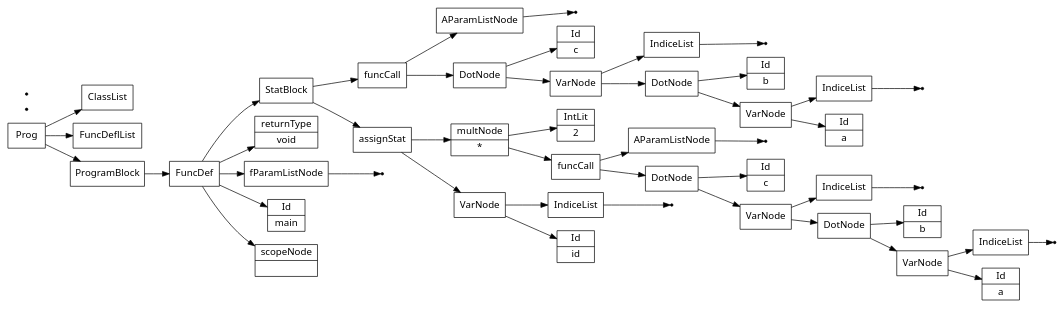
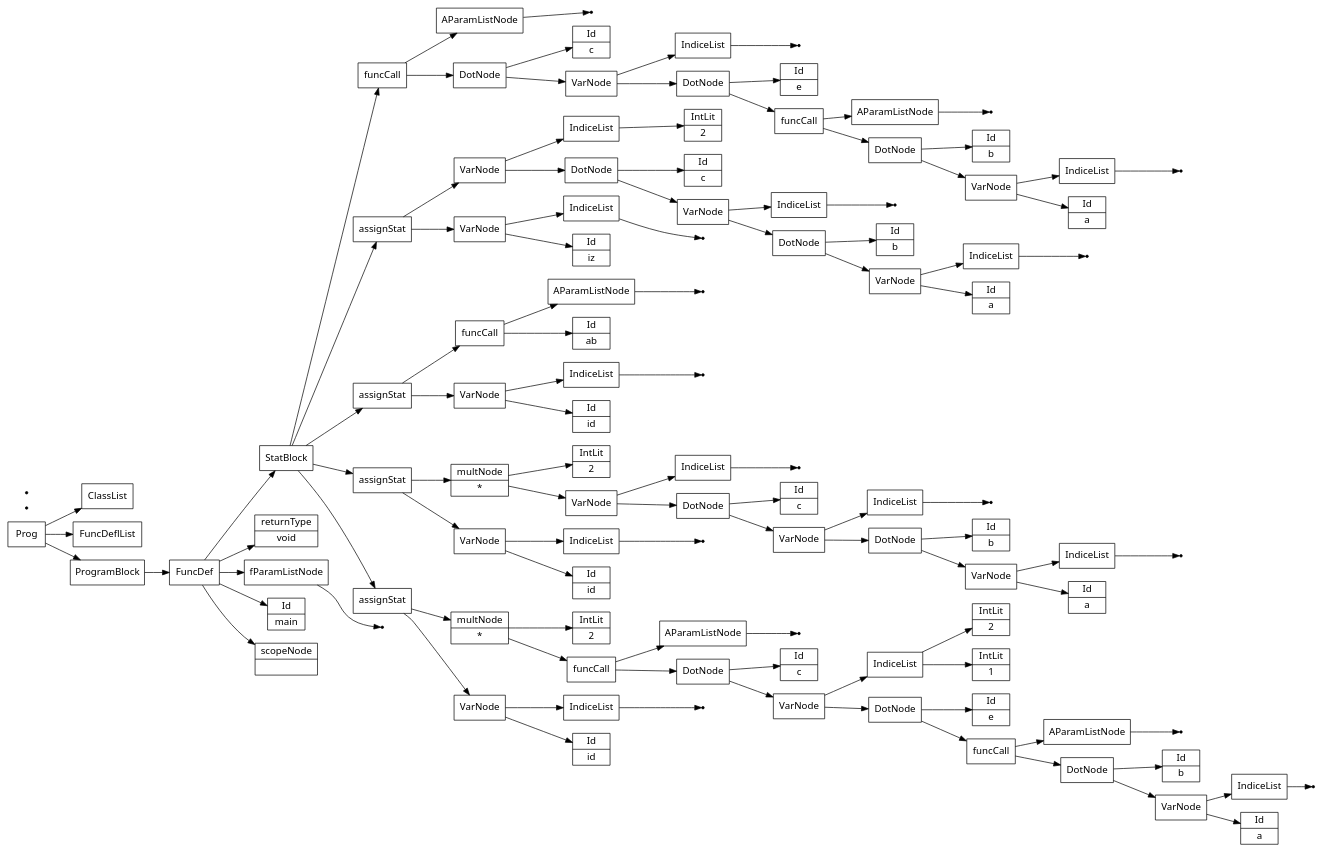
One commit to Saf1u/Kompiler changed the diagram in files/polynomial.src.ast.dot. Above: the diagram before and after it, drawn with Graphviz. The commit also changed 4 other files, not shown here.

```diff
--- a/files/polynomial.src.ast.dot
+++ b/files/polynomial.src.ast.dot
@@ -25,73 +25,193 @@
 18->17;
 18->16;
 none20[shape="point"];
-21[label="IndiceList"];
+21[label="AParamListNode"];
 21->none20;
-22[label="VarNode"];
+22[label="funcCall"];
 22->21;
 22->18;
-23[label="Id|c"];
+23[label="Id|e"];
 24[label="DotNode"];
 24->23;
 24->22;
-none26[shape="point"];
-27[label="AParamListNode"];
-27->none26;
-28[label="funcCall"];
+26[label="IntLit|1"];
+27[label="IntLit|2"];
+28[label="IndiceList"];
 28->27;
-28->24;
-29[label="multNode|*"];
-30[label="IntLit|2"];
-29->30;
+28->26;
+29[label="VarNode"];
 29->28;
-31[label="assignStat"];
+29->24;
+30[label="Id|c"];
+31[label="DotNode"];
+31->30;
 31->29;
-31->11;
-32[label="Id|a"];
-none34[shape="point"];
-35[label="IndiceList"];
-35->none34;
-36[label="VarNode"];
+none33[shape="point"];
+34[label="AParamListNode"];
+34->none33;
+35[label="funcCall"];
+35->34;
+35->31;
+36[label="multNode|*"];
+37[label="IntLit|2"];
+36->37;
 36->35;
-36->32;
-37[label="Id|b"];
-38[label="DotNode"];
-38->37;
+38[label="assignStat"];
 38->36;
-none40[shape="point"];
-41[label="IndiceList"];
-41->none40;
-42[label="VarNode"];
-42->41;
-42->38;
-43[label="Id|c"];
-44[label="DotNode"];
-44->43;
-44->42;
+38->11;
+39[label="Id|id"];
+none41[shape="point"];
+42[label="IndiceList"];
+42->none41;
+43[label="VarNode"];
+43->42;
+43->39;
+44[label="Id|a"];
 none46[shape="point"];
-47[label="AParamListNode"];
+47[label="IndiceList"];
 47->none46;
-48[label="funcCall"];
+48[label="VarNode"];
 48->47;
 48->44;
-49[label="StatBlock"];
-49->48;
-49->31;
-50[label="FuncDef"];
+49[label="Id|b"];
+50[label="DotNode"];
+50->49;
+50->48;
+none52[shape="point"];
+53[label="IndiceList"];
+53->none52;
+54[label="VarNode"];
+54->53;
+54->50;
+55[label="Id|c"];
+56[label="DotNode"];
+56->55;
+56->54;
+none58[shape="point"];
+59[label="IndiceList"];
+59->none58;
+60[label="VarNode"];
+60->59;
+60->56;
+61[label="multNode|*"];
+62[label="IntLit|2"];
+61->62;
+61->60;
+63[label="assignStat"];
+63->61;
+63->43;
+64[label="Id|id"];
+none66[shape="point"];
+67[label="IndiceList"];
+67->none66;
+68[label="VarNode"];
+68->67;
+68->64;
+69[label="Id|ab"];
+none71[shape="point"];
+72[label="AParamListNode"];
+72->none71;
+73[label="funcCall"];
+73->72;
+73->69;
+74[label="assignStat"];
+74->73;
+74->68;
+75[label="Id|iz"];
+none77[shape="point"];
+78[label="IndiceList"];
+78->none77;
+79[label="VarNode"];
+79->78;
+79->75;
+80[label="Id|a"];
+none82[shape="point"];
+83[label="IndiceList"];
+83->none82;
+84[label="VarNode"];
+84->83;
+84->80;
+85[label="Id|b"];
+86[label="DotNode"];
+86->85;
+86->84;
+none88[shape="point"];
+89[label="IndiceList"];
+89->none88;
+90[label="VarNode"];
+90->89;
+90->86;
+91[label="Id|c"];
+92[label="DotNode"];
+92->91;
+92->90;
+94[label="IntLit|2"];
+95[label="IndiceList"];
+95->94;
+96[label="VarNode"];
+96->95;
+96->92;
+97[label="assignStat"];
+97->96;
+97->79;
+98[label="Id|a"];
+none100[shape="point"];
+101[label="IndiceList"];
+101->none100;
+102[label="VarNode"];
+102->101;
+102->98;
+103[label="Id|b"];
+104[label="DotNode"];
+104->103;
+104->102;
+none106[shape="point"];
+107[label="AParamListNode"];
+107->none106;
+108[label="funcCall"];
+108->107;
+108->104;
+109[label="Id|e"];
+110[label="DotNode"];
+110->109;
+110->108;
+none112[shape="point"];
+113[label="IndiceList"];
+113->none112;
+114[label="VarNode"];
+114->113;
+114->110;
+115[label="Id|c"];
+116[label="DotNode"];
+116->115;
+116->114;
+none118[shape="point"];
+119[label="AParamListNode"];
+119->none118;
+120[label="funcCall"];
+120->119;
+120->116;
+121[label="StatBlock"];
+121->120;
+121->97;
+121->74;
+121->63;
+121->38;
+122[label="FuncDef"];
 0[label="Id|main"];
-50->49;
-50->5;
-50->4;
-50->0;
-50->1;
-51[label="ClassList"];
-52[label="FuncDeflList"];
-53[label="Prog"];
-54[label="ProgramBlock"];
-54->50;
-none55[shape="point"];
-none56[shape="point"];
-53->51;
-53->52;
-53->54;
+122->121;
+122->5;
+122->4;
+122->0;
+122->1;
+123[label="ClassList"];
+124[label="FuncDeflList"];
+125[label="Prog"];
+126[label="ProgramBlock"];
+126->122;
+none127[shape="point"];
+none128[shape="point"];
+125->123;
+125->124;
+125->126;
 }
```
